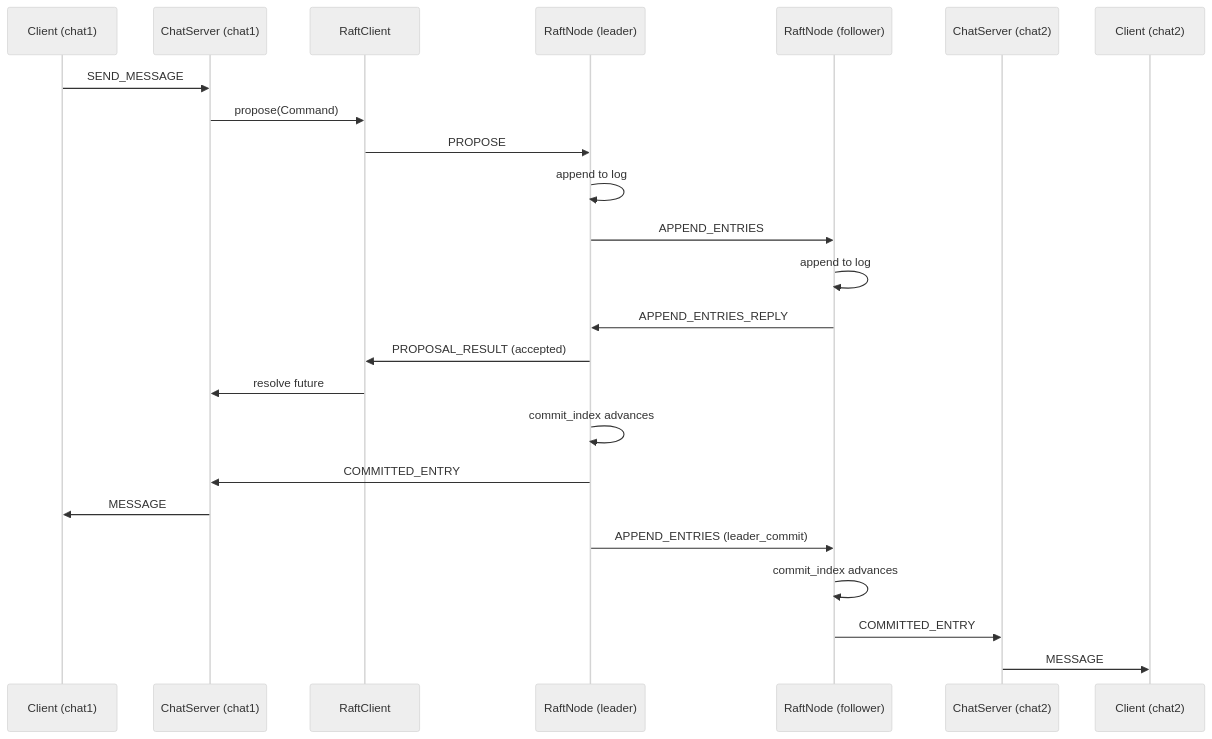
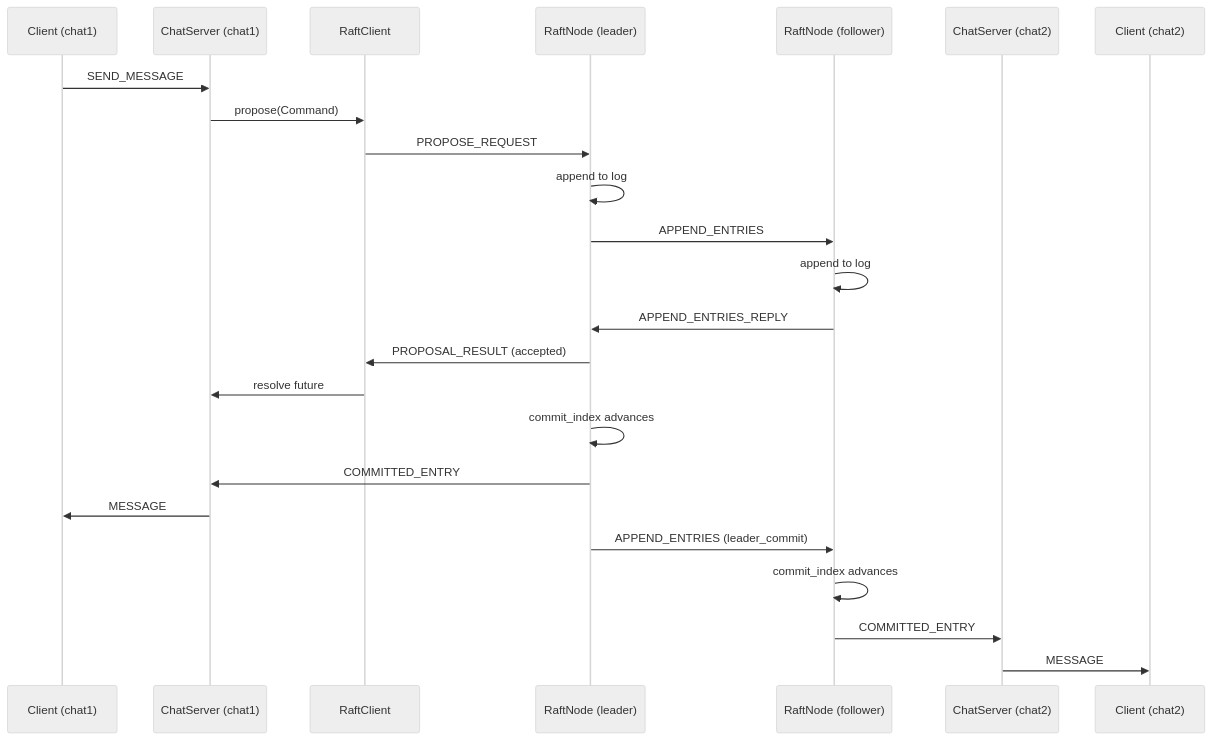
Before and after one commit to kokorohoriuchi/chatservice: the second of 3 diagrams in docs/architecture.md, drawn with Mermaid (neutral theme). The commit also changed other lines of this file and 9 other files, not shown here.

````diff
--- a/docs/architecture.md
+++ b/docs/architecture.md
@@ -93,27 +93,27 @@
 ```mermaid
 sequenceDiagram
     participant C1 as Client (chat1)
     participant S1 as ChatServer (chat1)
     participant RC as RaftClient
     participant N1 as RaftNode (leader)
     participant N2 as RaftNode (follower)
     participant S2 as ChatServer (chat2)
     participant C2 as Client (chat2)
 
     C1->>S1: SEND_MESSAGE
     S1->>RC: propose(Command)
-    RC->>N1: PROPOSE
+    RC->>N1: PROPOSE_REQUEST
     N1->>N1: append to log
     N1->>N2: APPEND_ENTRIES
     N2->>N2: append to log
     N2->>N1: APPEND_ENTRIES_REPLY
     N1->>RC: PROPOSAL_RESULT (accepted)
     RC->>S1: resolve future
     N1->>N1: commit_index advances
     N1->>S1: COMMITTED_ENTRY
     S1->>C1: MESSAGE
     N1->>N2: APPEND_ENTRIES (leader_commit)
     N2->>N2: commit_index advances
     N2->>S2: COMMITTED_ENTRY
     S2->>C2: MESSAGE
 ```
````
